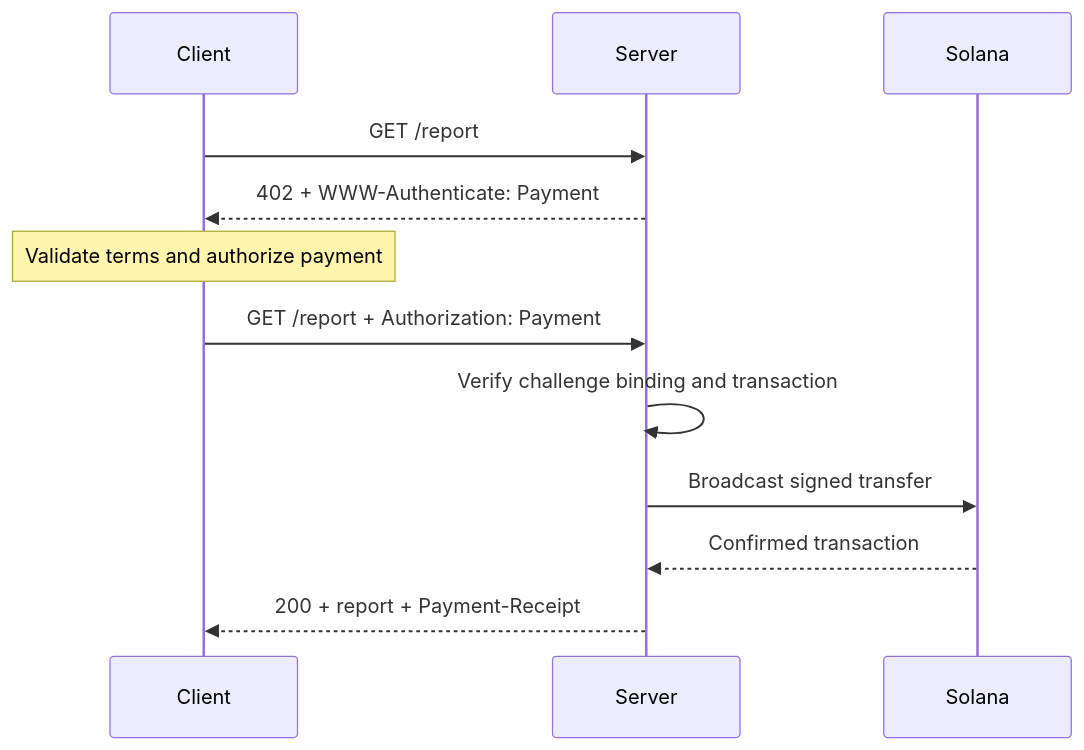
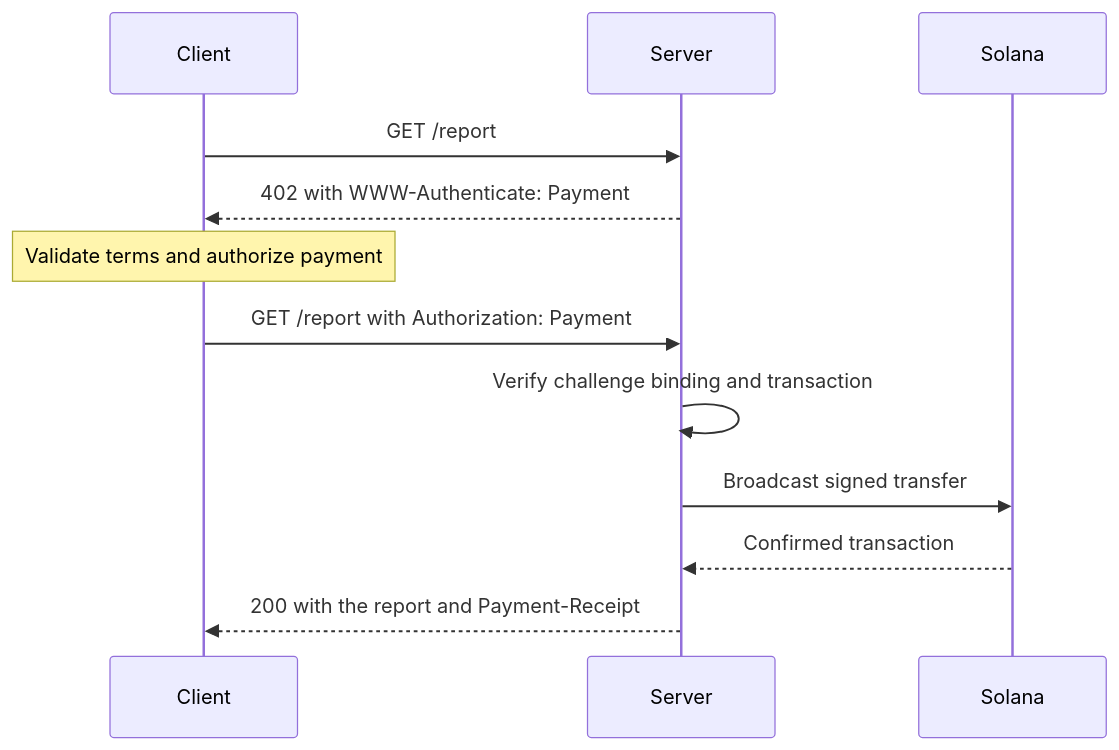
One commit to catmcgee/solana-com changed the first of 2 diagrams in apps/docs/docs/payments/agentic-payments/mpp.mdx. Above: the diagram before and after it, drawn with Mermaid. The commit also changed other lines of this file and 798 other files, not shown here.

First line of the commit message:
docs: redesign diagrams, make demos run like real executions, reuse the real solana.com header, new Build dropdown

````diff
--- a/apps/docs/docs/payments/agentic-payments/mpp.mdx
+++ b/apps/docs/docs/payments/agentic-payments/mpp.mdx
@@ -39,14 +39,14 @@
 ```mermaid
 sequenceDiagram
     participant Client
     participant Server
     participant Solana
     Client->>Server: GET /report
-    Server-->>Client: 402 + WWW-Authenticate: Payment
+    Server-->>Client: 402 with WWW-Authenticate: Payment
     Note over Client: Validate terms and authorize payment
-    Client->>Server: GET /report + Authorization: Payment
+    Client->>Server: GET /report with Authorization: Payment
     Server->>Server: Verify challenge binding and transaction
     Server->>Solana: Broadcast signed transfer
     Solana-->>Server: Confirmed transaction
-    Server-->>Client: 200 + report + Payment-Receipt
+    Server-->>Client: 200 with the report and Payment-Receipt
 ```
````
